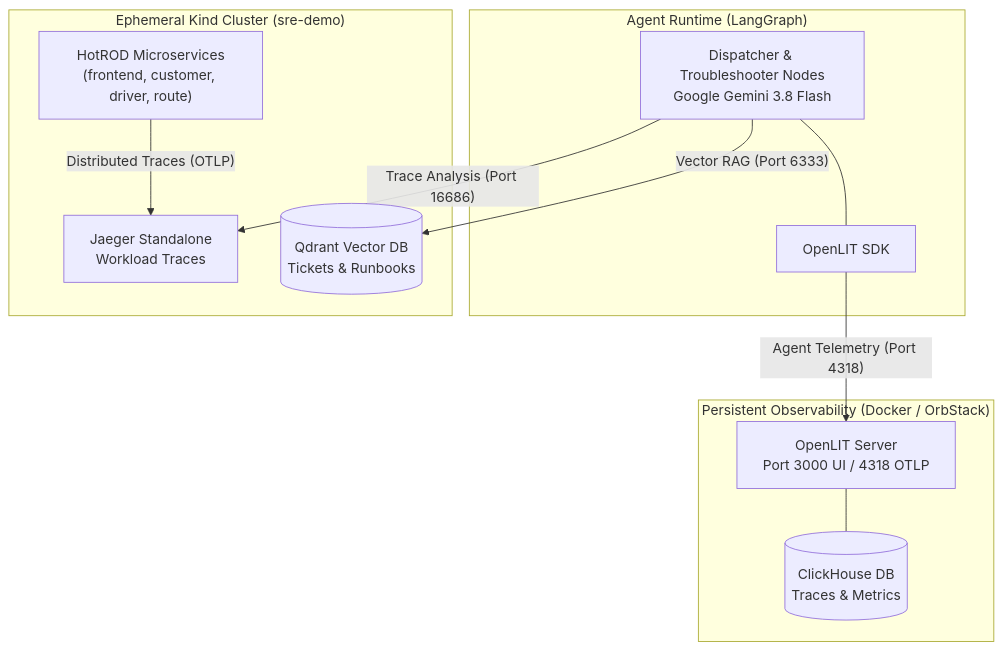
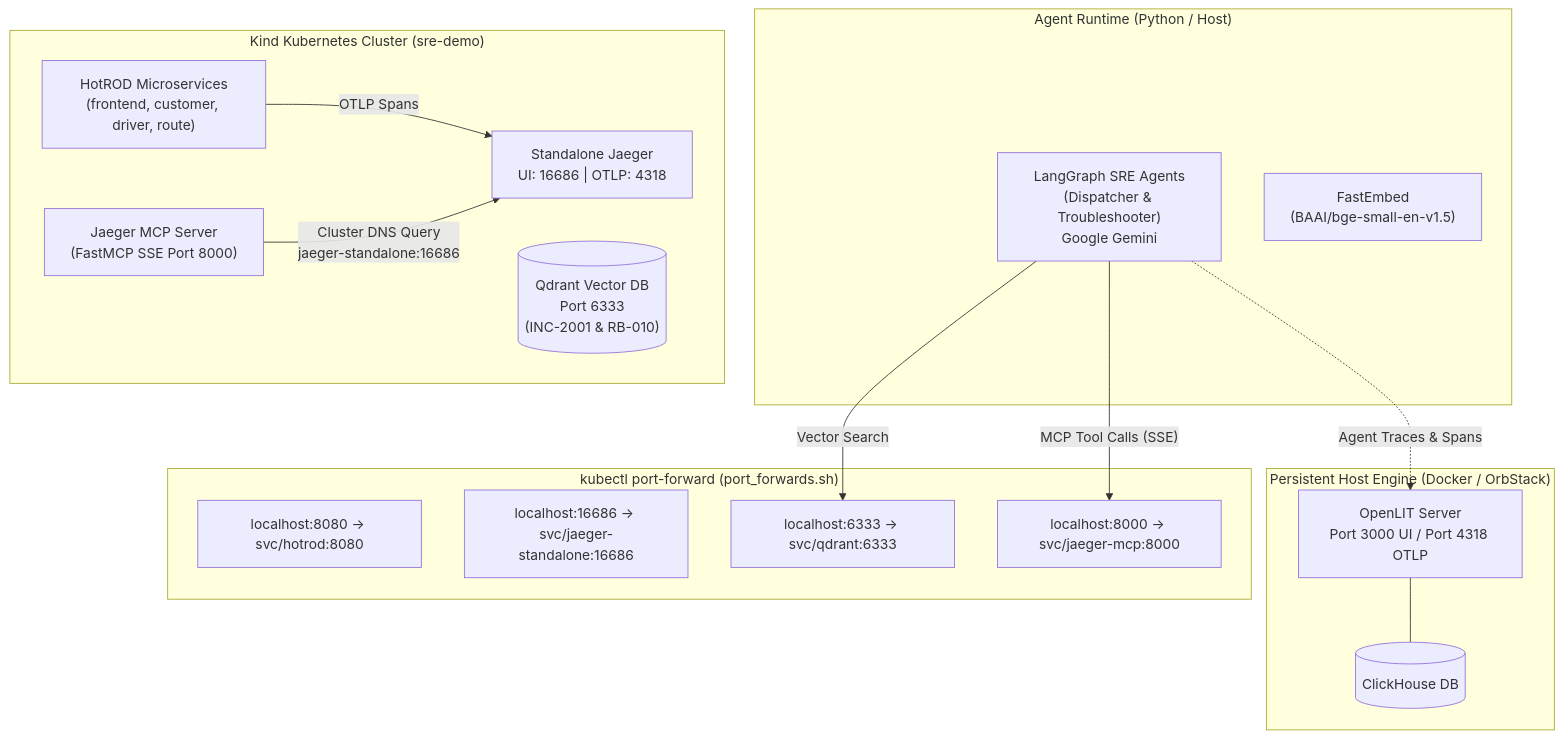
The diagram in README.md (hbill75/observe-sre-triage-agent), drawn with Mermaid before and after one commit. The commit also changed other lines of this file and 8 other files, not shown here.

Commit message:
docs: new simplified README.md, Switched to Jaeger MCP server

````diff
--- a/README.md
+++ b/README.md
@@ -61,26 +9,35 @@
 ```mermaid
 flowchart TD
-    subgraph Persistent_Observability ["Persistent Observability (Docker / OrbStack)"]
-        OL["OpenLIT Server<br>Port 3000 UI / 4318 OTLP"]
-        CH[("ClickHouse DB<br>Traces & Metrics")]
+    subgraph Persistent_Host ["Persistent Host Engine (Docker / OrbStack)"]
+        OL["OpenLIT Server<br>Port 3000 UI / Port 4318 OTLP"]
+        CH[("ClickHouse DB")]
         OL --- CH
     end
 
-    subgraph Agent_Runtime ["Agent Runtime (LangGraph)"]
-        AG["Dispatcher & Troubleshooter Nodes<br>Google Gemini 3.8 Flash"]
-        OL_SDK["OpenLIT SDK"]
-        AG --- OL_SDK
-        OL_SDK -->|"Agent Telemetry (Port 4318)"| OL
+    subgraph Host_Runtime ["Agent Runtime (Python / Host)"]
+        AG["LangGraph SRE Agents<br>(Dispatcher & Troubleshooter)<br>Google Gemini"]
+        EM["FastEmbed<br>(BAAI/bge-small-en-v1.5)"]
+        AG -.->|"Agent Traces & Spans"| OL
     end
 
-    subgraph Ephemeral_Cluster ["Ephemeral Kind Cluster (sre-demo)"]
-        QD[("Qdrant Vector DB<br>Tickets & Runbooks")]
+    subgraph K8s_Cluster ["Kind Kubernetes Cluster (sre-demo)"]
         HR["HotROD Microservices<br>(frontend, customer, driver, route)"]
-        JG["Jaeger Standalone<br>Workload Traces"]
-        HR -->|"Distributed Traces (OTLP)"| JG
+        JG["Standalone Jaeger<br>UI: 16686 | OTLP: 4318"]
+        QD[("Qdrant Vector DB<br>Port 6333<br>(INC-2001 & RB-010)")]
+        MCP["Jaeger MCP Server<br>(FastMCP SSE Port 8000)"]
+
+        HR -->|"OTLP Spans"| JG
+        MCP -->|"Cluster DNS Query<br>jaeger-standalone:16686"| JG
     end
 
-    AG -->|"Vector RAG (Port 6333)"| QD
-    AG -->|"Trace Analysis (Port 16686)"| JG
+    subgraph Tunnel_Bridge ["kubectl port-forward (port_forwards.sh)"]
+        PF1["localhost:8080 -> svc/hotrod:8080"]
+        PF2["localhost:16686 -> svc/jaeger-standalone:16686"]
+        PF3["localhost:6333 -> svc/qdrant:6333"]
+        PF4["localhost:8000 -> svc/jaeger-mcp:8000"]
+    end
+
+    AG -->|"Vector Search"| PF3
+    AG -->|"MCP Tool Calls (SSE)"| PF4
 
 ```
````
